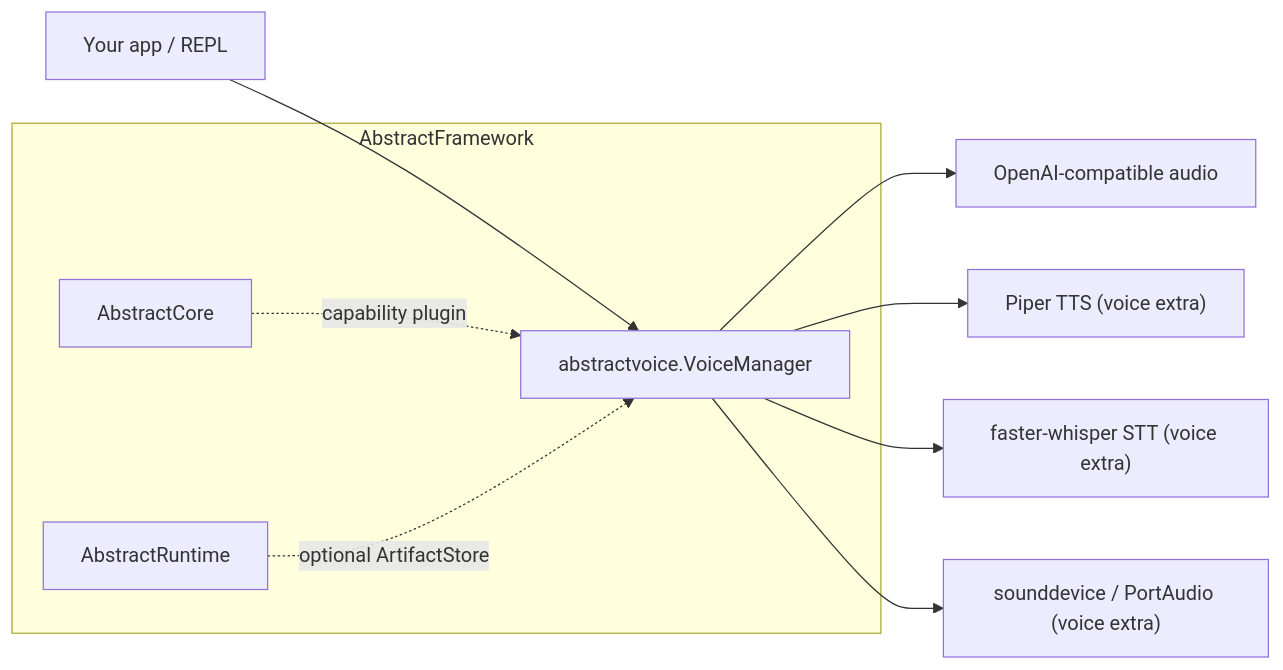
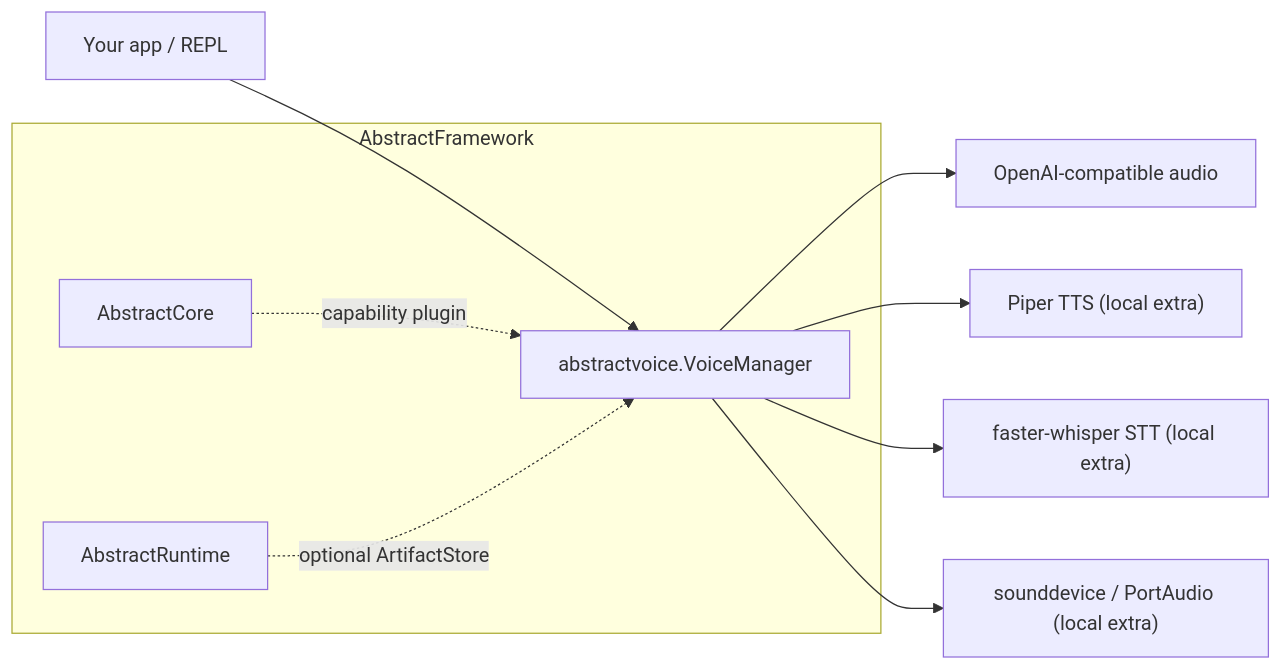
Before and after one commit to lpalbou/AbstractVoice: the diagram in README.md, drawn with Mermaid. The commit also changed other lines of this file and 61 other files, not shown here.

````diff
--- a/README.md
+++ b/README.md
@@ -68,13 +69,13 @@
 ```mermaid
 flowchart LR
   App["Your app / REPL"] --> VM["abstractvoice.VoiceManager"]
   VM --> Remote["OpenAI-compatible audio"]
-  VM --> TTS["Piper TTS (voice extra)"]
-  VM --> STT["faster-whisper STT (voice extra)"]
-  VM --> IO["sounddevice / PortAudio (voice extra)"]
+  VM --> TTS["Piper TTS (local extra)"]
+  VM --> STT["faster-whisper STT (local extra)"]
+  VM --> IO["sounddevice / PortAudio (local extra)"]
 
   subgraph AbstractFramework
     AC["AbstractCore"] -. "capability plugin" .-> VM
     AR["AbstractRuntime"] -. "optional ArtifactStore" .-> VM
   end
 ```
````
